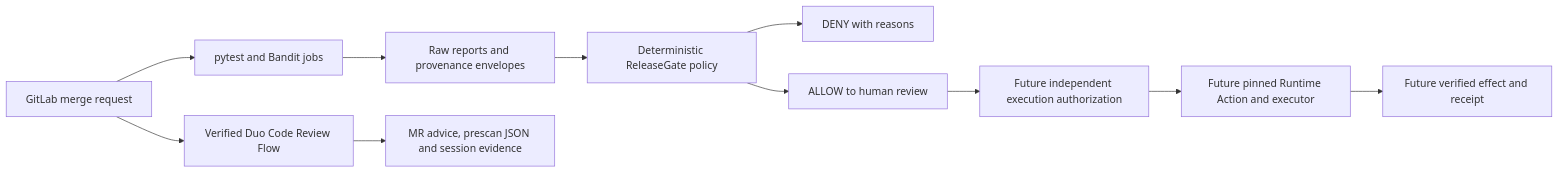
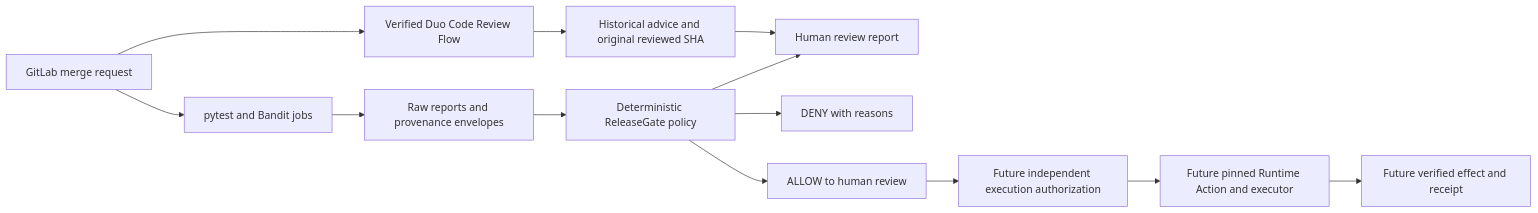
One commit to miku-wwl/agentic-release-gate changed the diagram in docs/architecture.md. Above: the diagram before and after it, drawn with Mermaid. The commit also changed other lines of this file and 45 other files, not shown here.

````diff
--- a/docs/architecture.md
+++ b/docs/architecture.md
@@ -11,13 +11,15 @@
 ```mermaid
 flowchart LR
     MR[GitLab merge request] --> CI[pytest and Bandit jobs]
     MR --> DUO[Verified Duo Code Review Flow]
     CI --> RAW[Raw reports and provenance envelopes]
     RAW --> POLICY[Deterministic ReleaseGate policy]
-    DUO --> ADVICE[MR advice, prescan JSON and session evidence]
+    DUO --> ADVICE[Historical advice and original reviewed SHA]
+    ADVICE --> REPORT[Human review report]
+    POLICY --> REPORT
     POLICY --> DENY[DENY with reasons]
     POLICY --> HUMAN[ALLOW to human review]
     HUMAN --> AUTH[Future independent execution authorization]
     AUTH --> RUNTIME[Future pinned Runtime Action and executor]
     RUNTIME --> RECEIPT[Future verified effect and receipt]
 ```
````
